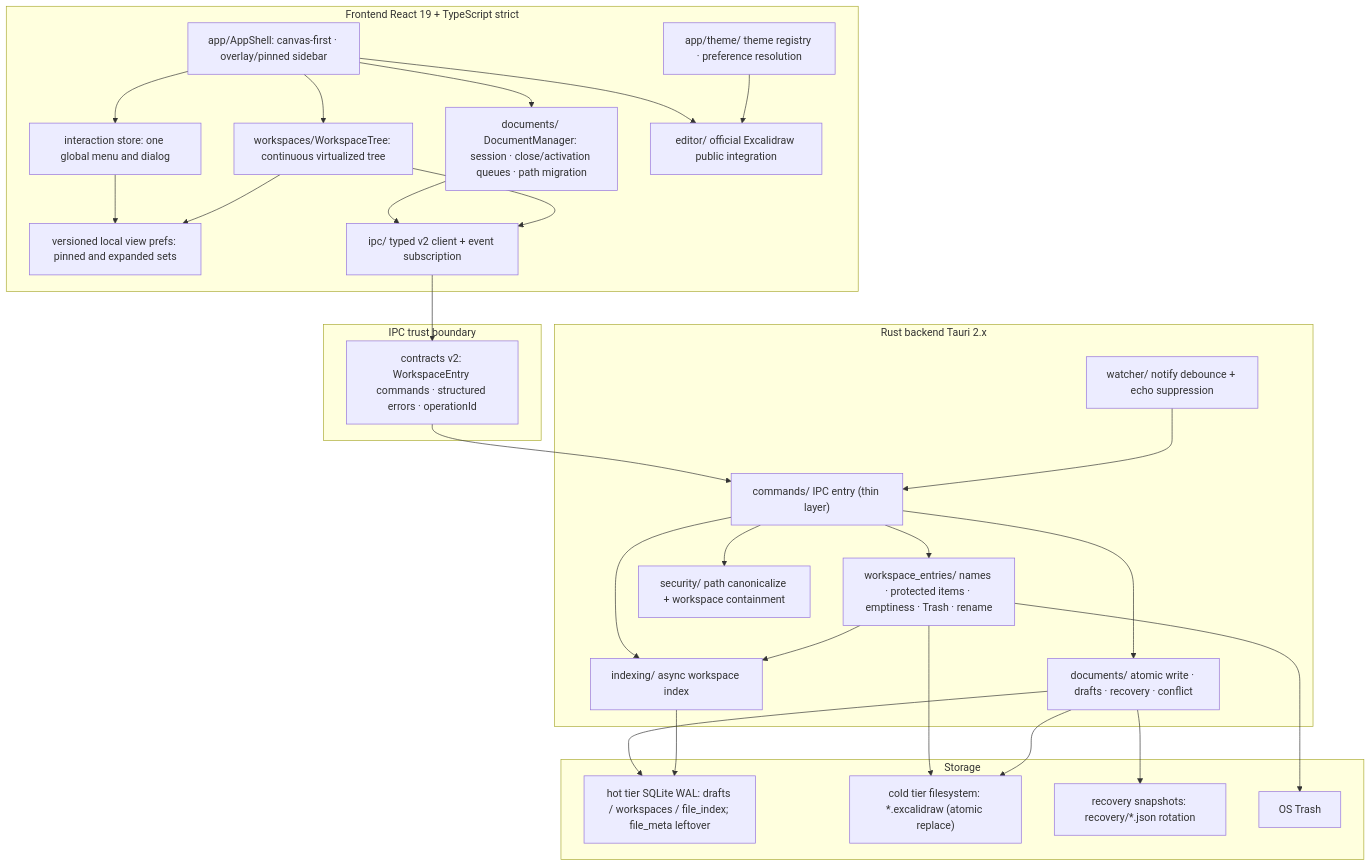
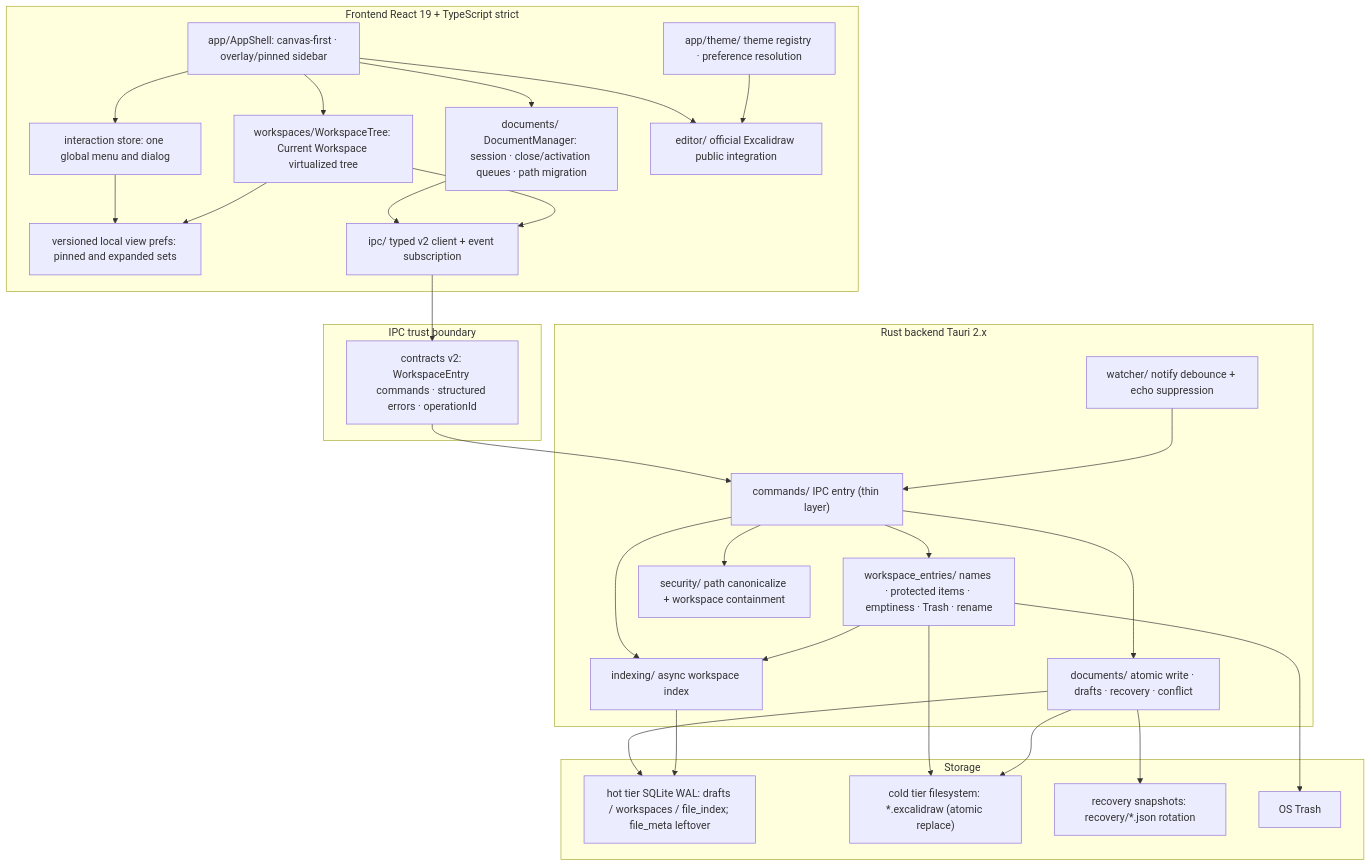
One commit to ignacioli/excalidraw-desktop changed the first of 7 diagrams in docs/architecture.md. Above: the diagram before and after it, drawn with Mermaid. The commit also changed other lines of this file and 5 other files, not shown here.

````diff
--- a/docs/architecture.md
+++ b/docs/architecture.md
@@ -19,52 +19,52 @@
 ```mermaid
 flowchart TB
     subgraph frontend [Frontend React 19 + TypeScript strict]
         AppShell["app/AppShell: canvas-first · overlay/pinned sidebar"]
         Interaction["interaction store: one global menu and dialog"]
-        Tree["workspaces/WorkspaceTree: continuous virtualized tree"]
+        Tree["workspaces/WorkspaceTree: Current Workspace virtualized tree"]
         Docs["documents/ DocumentManager: session · close/activation queues · path migration"]
         Editor["editor/ official Excalidraw public integration"]
         Theme["app/theme/ theme registry · preference resolution"]
         Prefs["versioned local view prefs: pinned and expanded sets"]
         IpcClient["ipc/ typed v2 client + event subscription"]
     end
     subgraph boundary [IPC trust boundary]
         Contracts["contracts v2: WorkspaceEntry commands · structured errors · operationId"]
     end
     subgraph backend [Rust backend Tauri 2.x]
         Commands["commands/ IPC entry (thin layer)"]
         EntryDomain["workspace_entries/ names · protected items · emptiness · Trash · rename"]
         Security["security/ path canonicalize + workspace containment"]
         DomainDocs["documents/ atomic write · drafts · recovery · conflict"]
         Indexing["indexing/ async workspace index"]
         Watcher["watcher/ notify debounce + echo suppression"]
     end
     subgraph storage [Storage]
         Hot["hot tier SQLite WAL: drafts / workspaces / file_index; file_meta leftover"]
         Cold["cold tier filesystem: *.excalidraw (atomic replace)"]
         Recovery["recovery snapshots: recovery/*.json rotation"]
         Trash["OS Trash"]
     end
     AppShell --> Interaction
     AppShell --> Tree
     AppShell --> Docs
     AppShell --> Editor
     Interaction --> Prefs
     Tree --> Prefs
     Theme --> Editor
     Docs --> IpcClient
     Tree --> IpcClient
     IpcClient --> Contracts --> Commands
     Commands --> Security
     Commands --> EntryDomain
     Commands --> DomainDocs
     Commands --> Indexing
     Watcher --> Commands
     EntryDomain --> Indexing
     EntryDomain --> Cold
     EntryDomain --> Trash
     DomainDocs --> Hot
     DomainDocs --> Cold
     DomainDocs --> Recovery
     Indexing --> Hot
 ```
````
